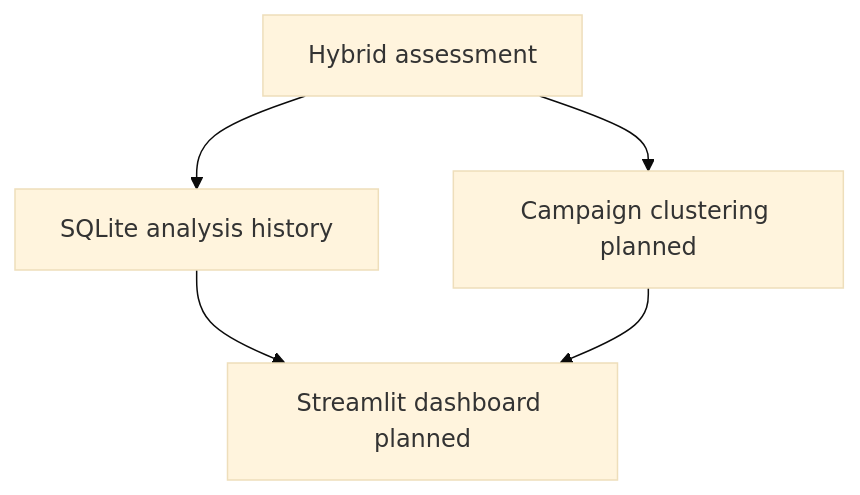
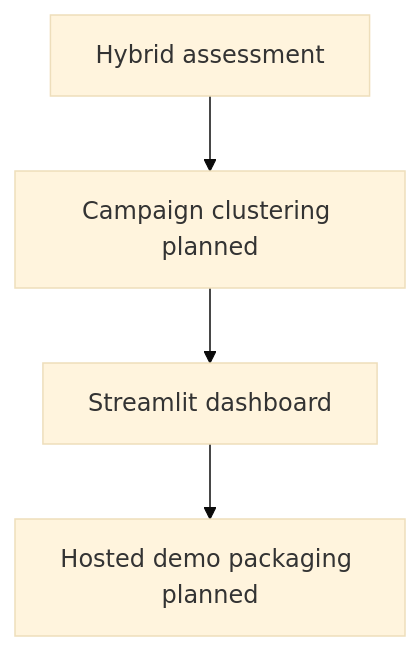
Before and after one commit to ConquestorYa/threatfusion-ai: the fifth of 5 diagrams in docs/ARCHITECTURE.md, drawn with Mermaid (base theme). The commit also changed other lines of this file, not shown here.

Commit message:
docs: document Streamlit MVP architecture

````diff
--- a/docs/ARCHITECTURE.md
+++ b/docs/ARCHITECTURE.md
@@ -74,7 +88,6 @@
 ```mermaid
 flowchart TD
-    Hybrid[Hybrid assessment] --> Persist[SQLite analysis history]
-    Hybrid --> Cluster[Campaign clustering planned]
-    Persist --> Dashboard[Streamlit dashboard planned]
-    Cluster --> Dashboard
+    Hybrid[Hybrid assessment] --> Cluster[Campaign clustering planned]
+    Cluster --> Dashboard[Streamlit dashboard]
+    Dashboard --> Hosted[Hosted demo packaging planned]
 ```
````
